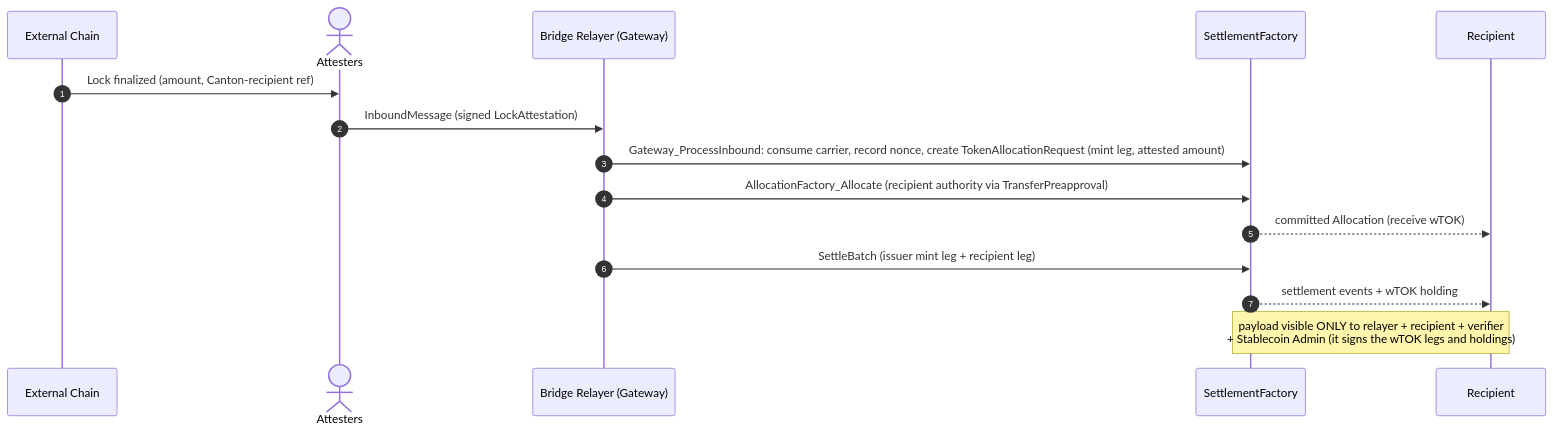
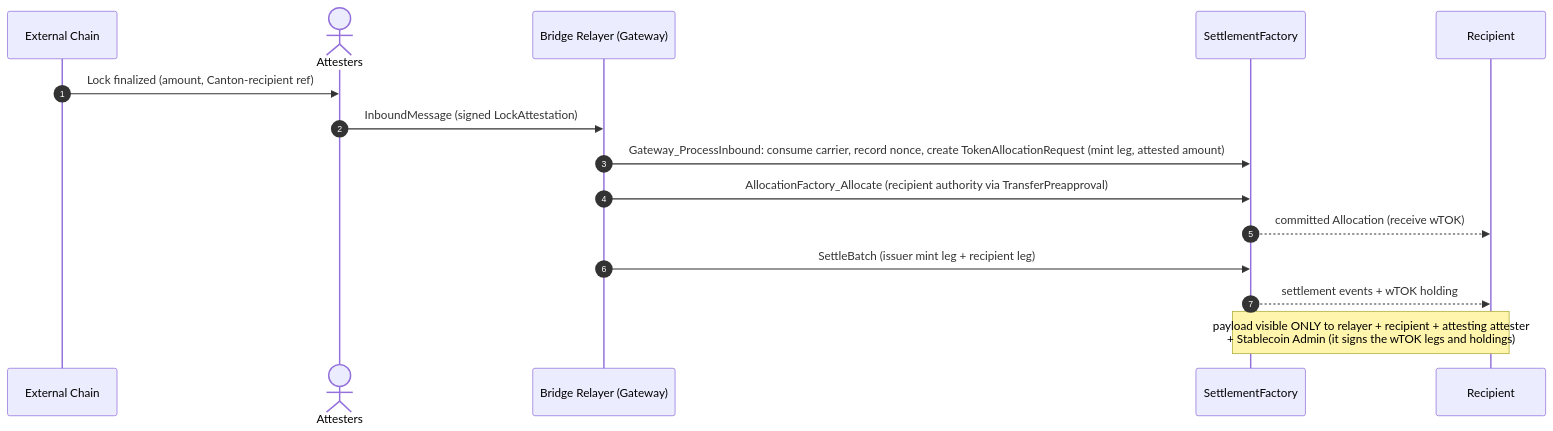
Before and after one commit to OpenZeppelin/canton-specs: the fifth of 5 diagrams in docs/reference-architectures/cross-chain-stablecoin.md, drawn with Mermaid. The commit also changed other lines of this file, not shown here.

Commit message:
INFO-6: separate the attester from the Compliance Verifier where leg visibility is stated

````diff
--- a/docs/reference-architectures/cross-chain-stablecoin.md
+++ b/docs/reference-architectures/cross-chain-stablecoin.md
@@ -293,18 +293,18 @@
 ```mermaid
 sequenceDiagram
     autonumber
     participant Ext as External Chain
     actor Attesters
     participant Relayer as Bridge Relayer (Gateway)
     participant SettleFactory as SettlementFactory
     participant Recipient
 
     Ext->>Attesters: Lock finalized (amount, Canton-recipient ref)
     Attesters->>Relayer: InboundMessage (signed LockAttestation)
     Relayer->>SettleFactory: Gateway_ProcessInbound: consume carrier, record nonce, create TokenAllocationRequest (mint leg, attested amount)
     Relayer->>SettleFactory: AllocationFactory_Allocate (recipient authority via TransferPreapproval)
     SettleFactory-->>Recipient: committed Allocation (receive wTOK)
     Relayer->>SettleFactory: SettleBatch (issuer mint leg + recipient leg)
     SettleFactory-->>Recipient: settlement events + wTOK holding
-    Note over SettleFactory,Recipient: payload visible ONLY to relayer + recipient + verifier<br/>+ Stablecoin Admin (it signs the wTOK legs and holdings);
+    Note over SettleFactory,Recipient: payload visible ONLY to relayer + recipient + attesting attester<br/>+ Stablecoin Admin (it signs the wTOK legs and holdings);
 ```
````
